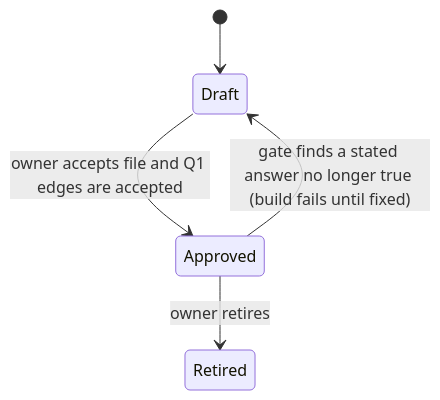
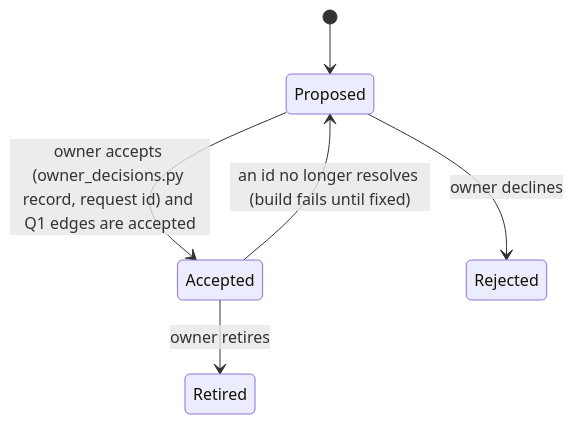
The second of 4 diagrams in documentation/product-transformation/02-prds/PRD-Q17/PRD.md (baguspermana7-cpu/bfrfranco.github.io), drawn with Mermaid before and after one commit. The commit also changed other lines of this file and 9 other files, not shown here.

````diff
--- a/documentation/product-transformation/02-prds/PRD-Q17/PRD.md
+++ b/documentation/product-transformation/02-prds/PRD-Q17/PRD.md
@@ -613,7 +629,8 @@
 ```mermaid
 stateDiagram-v2
-  [*] --> Draft
-  Draft --> Approved: owner accepts file and Q1 edges are accepted
-  Approved --> Draft: gate finds a stated answer no longer true (build fails until fixed)
-  Approved --> Retired: owner retires
+  [*] --> Proposed
+  Proposed --> Accepted: owner accepts (owner_decisions.py record, request id) and Q1 edges are accepted
+  Proposed --> Rejected: owner declines
+  Accepted --> Proposed: an id no longer resolves (build fails until fixed)
+  Accepted --> Retired: owner retires
 ```
````
